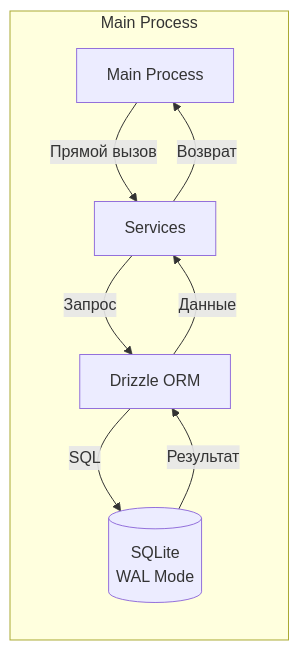
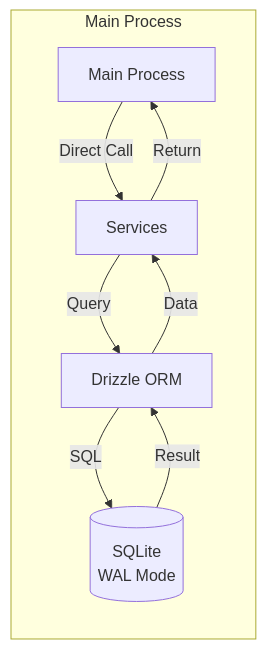
The fourth of 11 diagrams in .docs-i18n/ru/docs/architecture.md (KazeKaze93/RuleDesk), drawn with Mermaid before and after one commit. The commit also changed other lines of this file and 8 other files, not shown here.

````diff
--- a/.docs-i18n/ru/docs/architecture.md
+++ b/.docs-i18n/ru/docs/architecture.md
@@ -246,16 +254,16 @@
 ```mermaid
 graph LR
     subgraph "Main Process"
         Main[Main Process]
         Services[Services]
         DrizzleORM[Drizzle ORM]
         SQLiteDB[(SQLite<br/>WAL Mode)]
     end
 
-    Main -->|Прямой вызов| Services
-    Services -->|Запрос| DrizzleORM
+    Main -->|Direct Call| Services
+    Services -->|Query| DrizzleORM
     DrizzleORM -->|SQL| SQLiteDB
-    SQLiteDB -->|Результат| DrizzleORM
-    DrizzleORM -->|Данные| Services
-    Services -->|Возврат| Main
+    SQLiteDB -->|Result| DrizzleORM
+    DrizzleORM -->|Data| Services
+    Services -->|Return| Main
 ```
````
